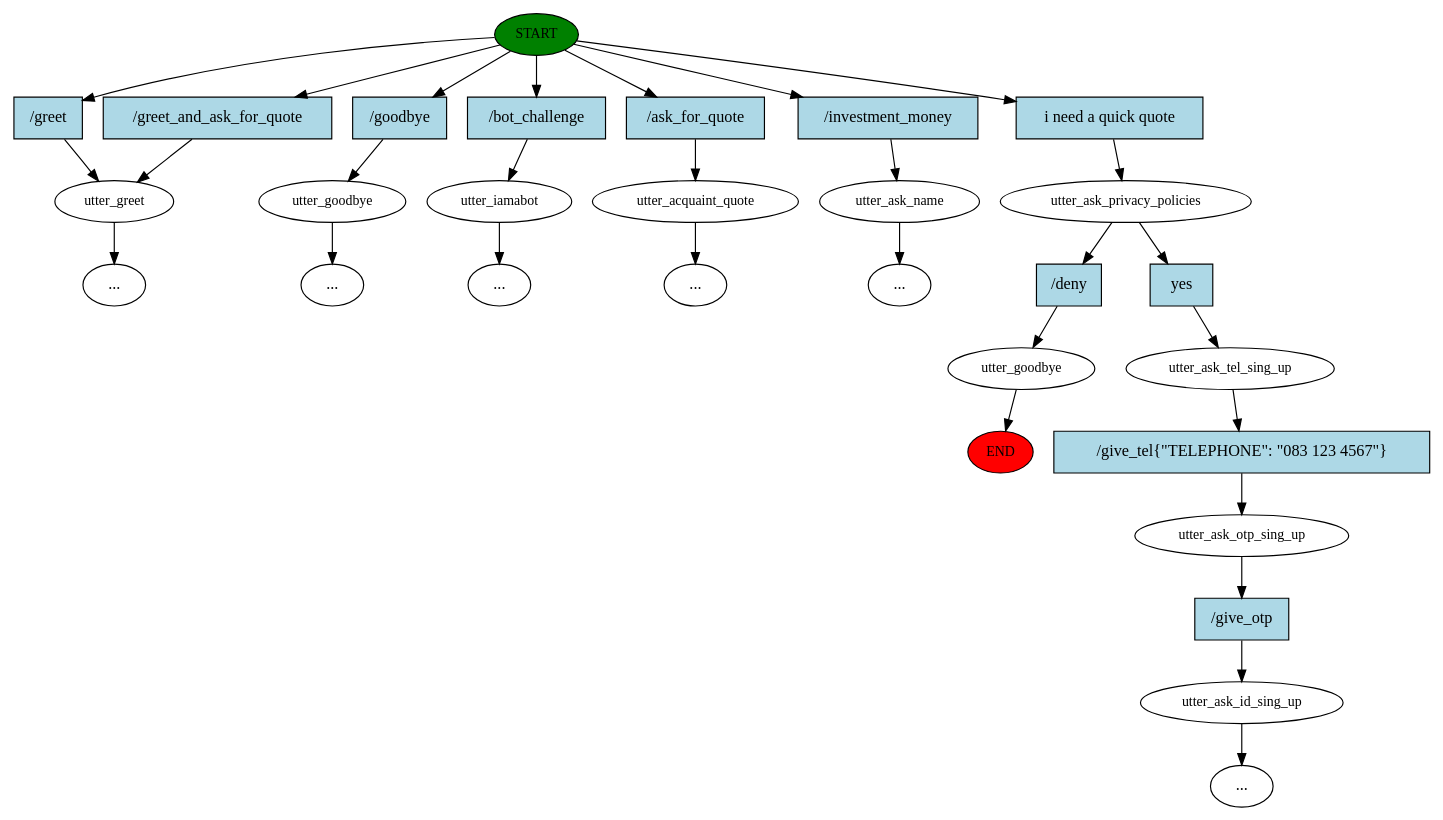
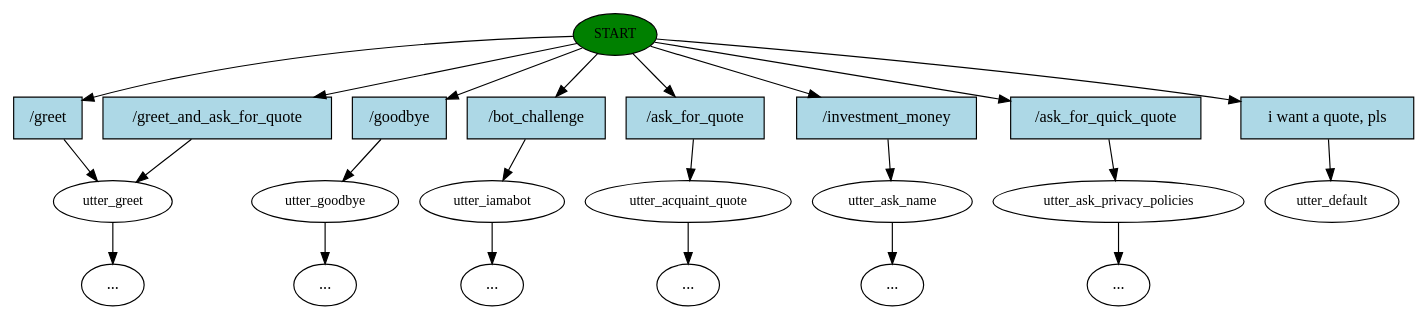
Before and after one commit to miguel-kjh/Sylvia: the diagram in story_graph.dot, drawn with Graphviz. The commit also changed 22 other files, not shown here.

```diff
--- a/story_graph.dot
+++ b/story_graph.dot
@@ -1,60 +1,46 @@
 digraph  {
 0 [class="start active", fillcolor=green, fontsize=12, label=START, style=filled];
-"-1" [class=end, fillcolor=red, fontsize=12, label=END, style=filled];
 1 [class="", fontsize=12, label=utter_greet];
 2 [class="", fontsize=12, label=utter_goodbye];
 "-4" [class=ellipsis, label="..."];
 3 [class="", fontsize=12, label=utter_iamabot];
 "-5" [class=ellipsis, label="..."];
-8 [class="", fontsize=12, label=utter_acquaint_quote];
-"-15" [class=ellipsis, label="..."];
-"-21" [class=ellipsis, label="..."];
-20 [class="", fontsize=12, label=utter_ask_name];
-"-26" [class=ellipsis, label="..."];
-25 [class=active, fontsize=12, label=utter_ask_privacy_policies];
-26 [class="", fontsize=12, label=utter_goodbye];
-28 [class="active dashed", fontsize=12, label=utter_ask_tel_sing_up];
-29 [class="", fontsize=12, label=utter_ask_otp_sing_up];
-30 [class="", fontsize=12, label=utter_ask_id_sing_up];
-"-34" [class=ellipsis, label="..."];
-61 [class=intent, fillcolor=lightblue, label="/greet", shape=rect, style=filled];
-62 [class=intent, fillcolor=lightblue, label="/greet_and_ask_for_quote", shape=rect, style=filled];
-63 [class=intent, fillcolor=lightblue, label="/goodbye", shape=rect, style=filled];
-64 [class=intent, fillcolor=lightblue, label="/bot_challenge", shape=rect, style=filled];
-65 [class=intent, fillcolor=lightblue, label="/ask_for_quote", shape=rect, style=filled];
-66 [class=intent, fillcolor=lightblue, label="/investment_money", shape=rect, style=filled];
-67 [class="intent active", fillcolor=lightblue, label="i need a quick quote", shape=rect, style=filled];
-68 [class=intent, fillcolor=lightblue, label="/deny", shape=rect, style=filled];
-69 [class="intent active", fillcolor=lightblue, label=yes, shape=rect, style=filled];
-70 [class=intent, fillcolor=lightblue, label="/give_tel{\"TELEPHONE\": \"083 123 4567\"}", shape=rect, style=filled];
-71 [class=intent, fillcolor=lightblue, label="/give_otp", shape=rect, style=filled];
+12 [class="", fontsize=12, label=utter_acquaint_quote];
+"-25" [class=ellipsis, label="..."];
+"-37" [class=ellipsis, label="..."];
+36 [class="", fontsize=12, label=utter_ask_name];
+"-46" [class=ellipsis, label="..."];
+45 [class="", fontsize=12, label=utter_ask_privacy_policies];
+"-55" [class=ellipsis, label="..."];
+54 [class="dashed active", fontsize=12, label=utter_default];
+55 [class=intent, fillcolor=lightblue, label="/greet", shape=rect, style=filled];
+56 [class=intent, fillcolor=lightblue, label="/greet_and_ask_for_quote", shape=rect, style=filled];
+57 [class=intent, fillcolor=lightblue, label="/goodbye", shape=rect, style=filled];
+58 [class=intent, fillcolor=lightblue, label="/bot_challenge", shape=rect, style=filled];
+59 [class=intent, fillcolor=lightblue, label="/ask_for_quote", shape=rect, style=filled];
+60 [class=intent, fillcolor=lightblue, label="/investment_money", shape=rect, style=filled];
+61 [class=intent, fillcolor=lightblue, label="/ask_for_quick_quote", shape=rect, style=filled];
+62 [class="intent active", fillcolor=lightblue, label="i want a quote, pls", shape=rect, style=filled];
+0 -> 55  [class="", key=0];
+0 -> 56  [class="", key=0];
+0 -> 57  [class="", key=0];
+0 -> 58  [class="", key=0];
+0 -> 59  [class="", key=0];
+0 -> 60  [class="", key=0];
 0 -> 61  [class="", key=0];
-0 -> 62  [class="", key=0];
-0 -> 63  [class="", key=0];
-0 -> 64  [class="", key=0];
-0 -> 65  [class="", key=0];
-0 -> 66  [class="", key=0];
-0 -> 67  [class=active, key=0];
-1 -> "-15"  [class="", key=NONE, label=""];
+0 -> 62  [class=active, key=0];
+1 -> "-25"  [class="", key=NONE, label=""];
 2 -> "-4"  [class="", key=NONE, label=""];
 3 -> "-5"  [class="", key=NONE, label=""];
-8 -> "-21"  [class="", key=NONE, label=""];
-20 -> "-26"  [class="", key=NONE, label=""];
-25 -> 68  [class="", key=0];
-25 -> 69  [class=active, key=0];
-26 -> "-1"  [class="", key=NONE, label=""];
-28 -> 70  [class="", key=0];
-29 -> 71  [class="", key=0];
-30 -> "-34"  [class="", key=NONE, label=""];
-61 -> 1  [class="", key=0];
-62 -> 1  [class="", key=0];
-63 -> 2  [class="", key=0];
-64 -> 3  [class="", key=0];
-65 -> 8  [class="", key=0];
-66 -> 20  [class="", key=0];
-67 -> 25  [class=active, key=0];
-68 -> 26  [class="", key=0];
-69 -> 28  [class=active, key=0];
-70 -> 29  [class="", key=0];
-71 -> 30  [class="", key=0];
+12 -> "-37"  [class="", key=NONE, label=""];
+36 -> "-46"  [class="", key=NONE, label=""];
+45 -> "-55"  [class="", key=NONE, label=""];
+55 -> 1  [class="", key=0];
+56 -> 1  [class="", key=0];
+57 -> 2  [class="", key=0];
+58 -> 3  [class="", key=0];
+59 -> 12  [class="", key=0];
+60 -> 36  [class="", key=0];
+61 -> 45  [class="", key=0];
+62 -> 54  [class=active, key=0];
 }
```
